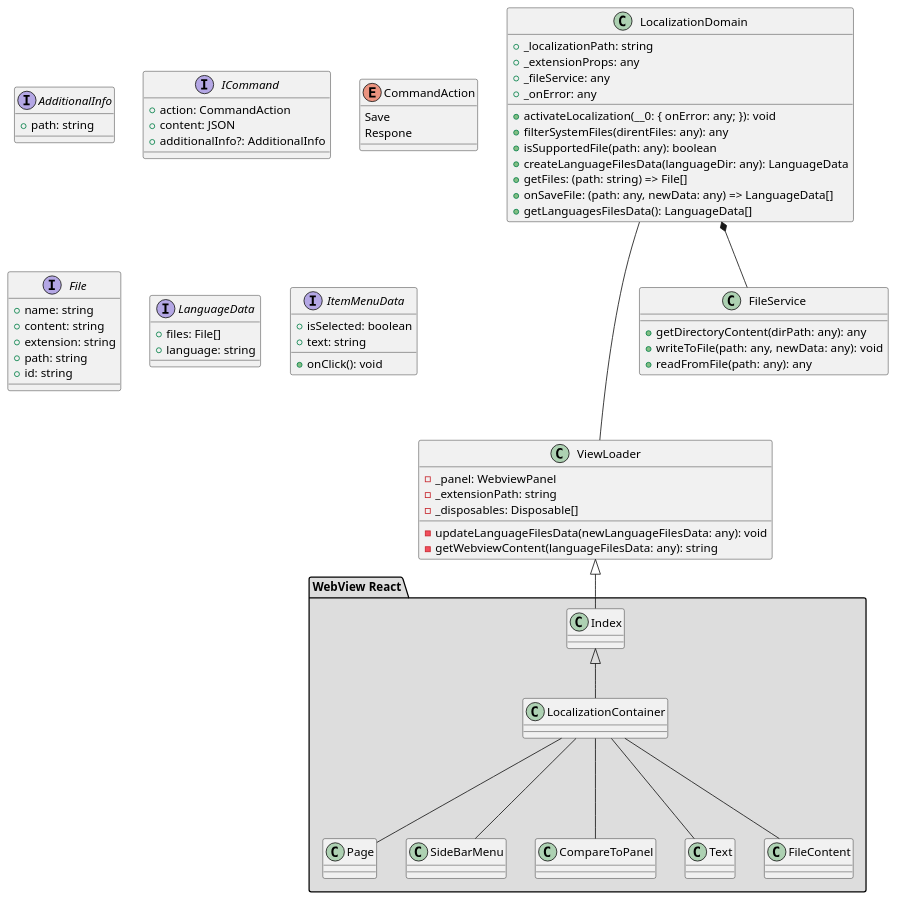
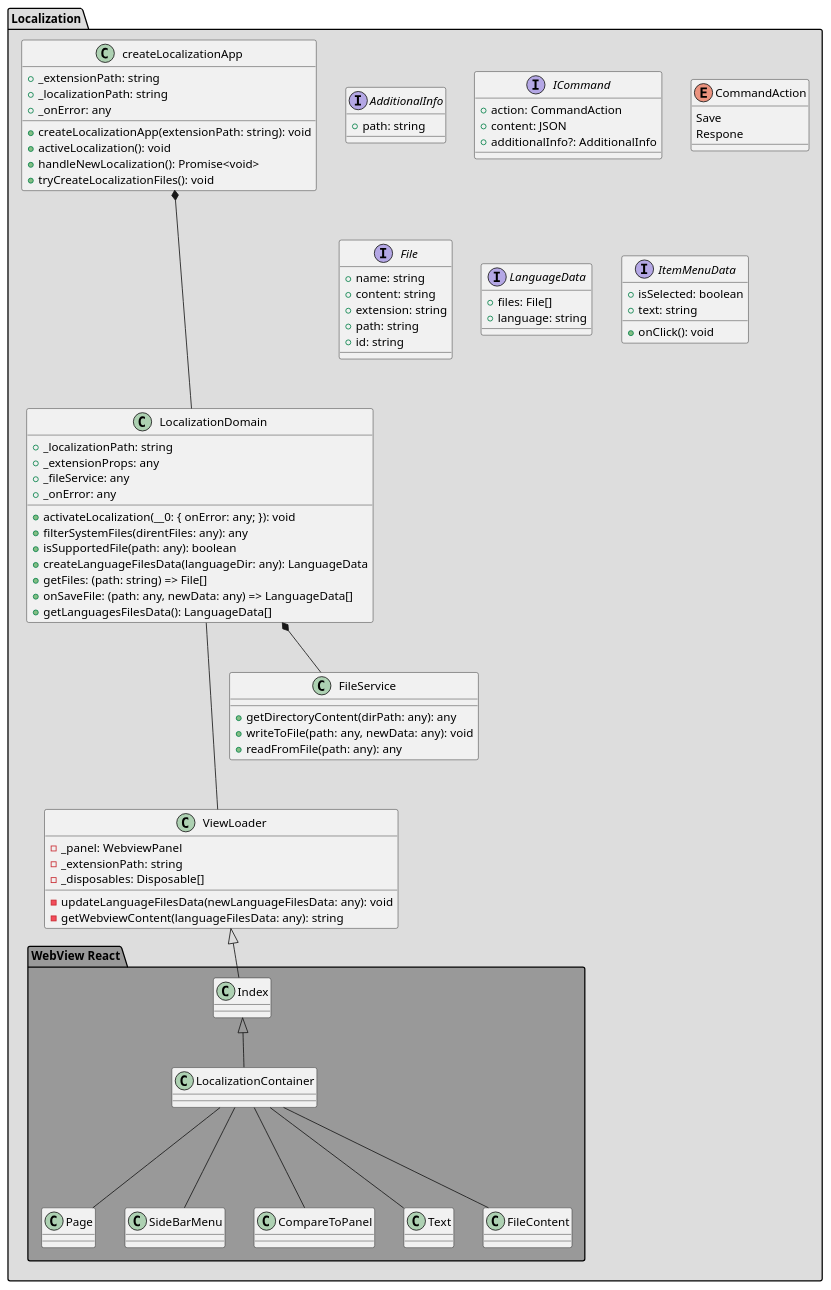
Before and after one commit to wolfj123/PolicyModelsPlugin: the diagram in diagrams/client/localization.puml, drawn with PlantUML.

Commit message:
update localization uml

```diff
--- a/diagrams/client/localization.puml
+++ b/diagrams/client/localization.puml
@@ -1,84 +1,101 @@
 @startuml
+
+package Localization #DDDDDD{
 
 interface AdditionalInfo {
     +path: string
 }
 interface ICommand {
     +action: CommandAction
     +content: JSON
     +additionalInfo?: AdditionalInfo
 }
 enum CommandAction {
     Save
     Respone
 }
 interface File {
     +name: string
     +content: string
     +extension: string
     +path: string
     +id: string
 }
 interface LanguageData {
     +files: File[]
     +language: string
 }
 interface ItemMenuData {
     +isSelected: boolean
     +onClick(): void
     +text: string
 }
 
 class ViewLoader {
     -_panel: WebviewPanel
     -_extensionPath: string
     -_disposables: Disposable[]
     -updateLanguageFilesData(newLanguageFilesData: any): void
     -getWebviewContent(languageFilesData: any): string
 }
 
+class createLocalizationApp {
+    +_extensionPath: string
+    +_localizationPath: string
+    +_onError: any
+
+    +createLocalizationApp(extensionPath: string): void
+    +activeLocalization(): void
+    +handleNewLocalization(): Promise<void>
+    +tryCreateLocalizationFiles(): void
+
+}
+
 
 class LocalizationDomain {
     +_localizationPath: string
     +_extensionProps: any
     +_fileService: any
     +_onError: any
     +activateLocalization(__0: { onError: any; }): void
     +filterSystemFiles(direntFiles: any): any
     +isSupportedFile(path: any): boolean
     +createLanguageFilesData(languageDir: any): LanguageData
     +getFiles: (path: string) => File[]
     +onSaveFile: (path: any, newData: any) => LanguageData[]
     +getLanguagesFilesData(): LanguageData[]
 }
-
+createLocalizationApp *--- LocalizationDomain
 LocalizationDomain *-- FileService
 LocalizationDomain --- ViewLoader
 
 
 
 class FileService {
     +getDirectoryContent(dirPath: any): any
     +writeToFile(path: any, newData: any): void
     +readFromFile(path: any): any
 }
 
 
-package "WebView React" #DDDDDD {
+package "WebView React" #999999 {
  ViewLoader <|--Index
   class Index {}
   class LocalizationContainer{}
   class Page{}
   class SideBarMenu{}
   class CompareToPanel{}
   class Text{}
   class FileContent{}
 
   Index <|-- LocalizationContainer
   LocalizationContainer --- Page
   LocalizationContainer --- SideBarMenu
   LocalizationContainer --- CompareToPanel
   LocalizationContainer --- Text
   LocalizationContainer --- FileContent
 }
+
+}
+
 @enduml
```
